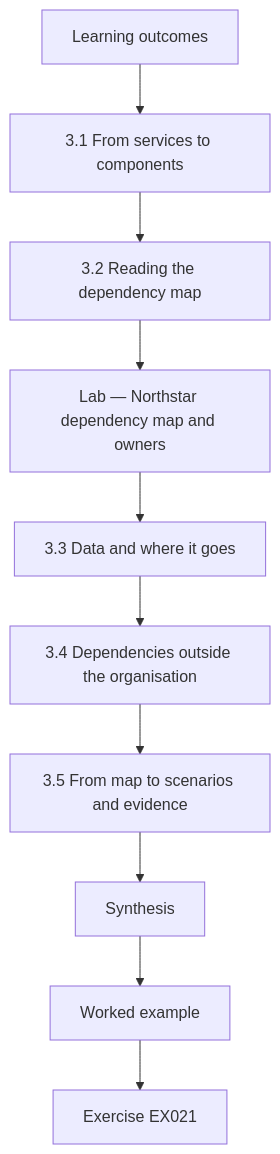
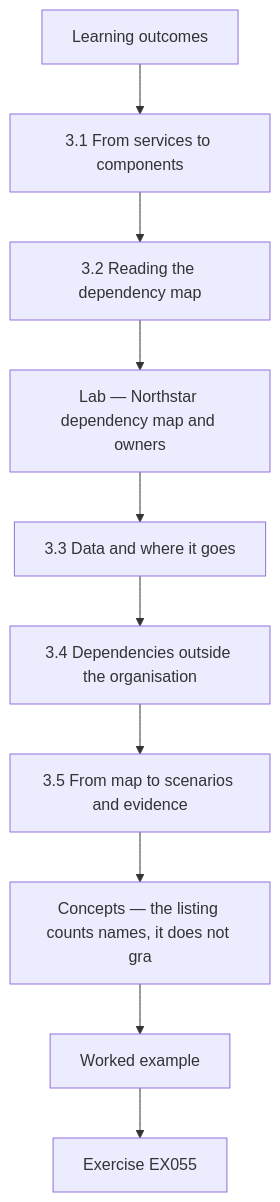
The seventh of 12 diagrams in levels/rapid-1-month/security-governance-risk-compliance/en/book/MANUSCRIPT.md (hiagokinlevi/CyKin), drawn with Mermaid before and after one commit. The commit also changed other lines of this file and 1 other file, not shown here.

````diff
--- a/levels/rapid-1-month/security-governance-risk-compliance/en/book/MANUSCRIPT.md
+++ b/levels/rapid-1-month/security-governance-risk-compliance/en/book/MANUSCRIPT.md
@@ -338,14 +433,14 @@
 ```mermaid
 flowchart TD
   N0["Learning outcomes"]
   N1["3.1 From services to components"]
   N2["3.2 Reading the dependency map"]
   N3["Lab — Northstar dependency map and owners"]
   N4["3.3 Data and where it goes"]
   N5["3.4 Dependencies outside the organisation"]
   N6["3.5 From map to scenarios and evidence"]
-  N7["Synthesis"]
+  N7["Concepts — the listing counts names, it does not gra"]
   N0 --> N1 --> N2 --> N3 --> N4 --> N5 --> N6 --> N7
   N7 --> EX["Worked example"]
-  EX --> Q["Exercise EX021"]
+  EX --> Q["Exercise EX055"]
 ```
````
